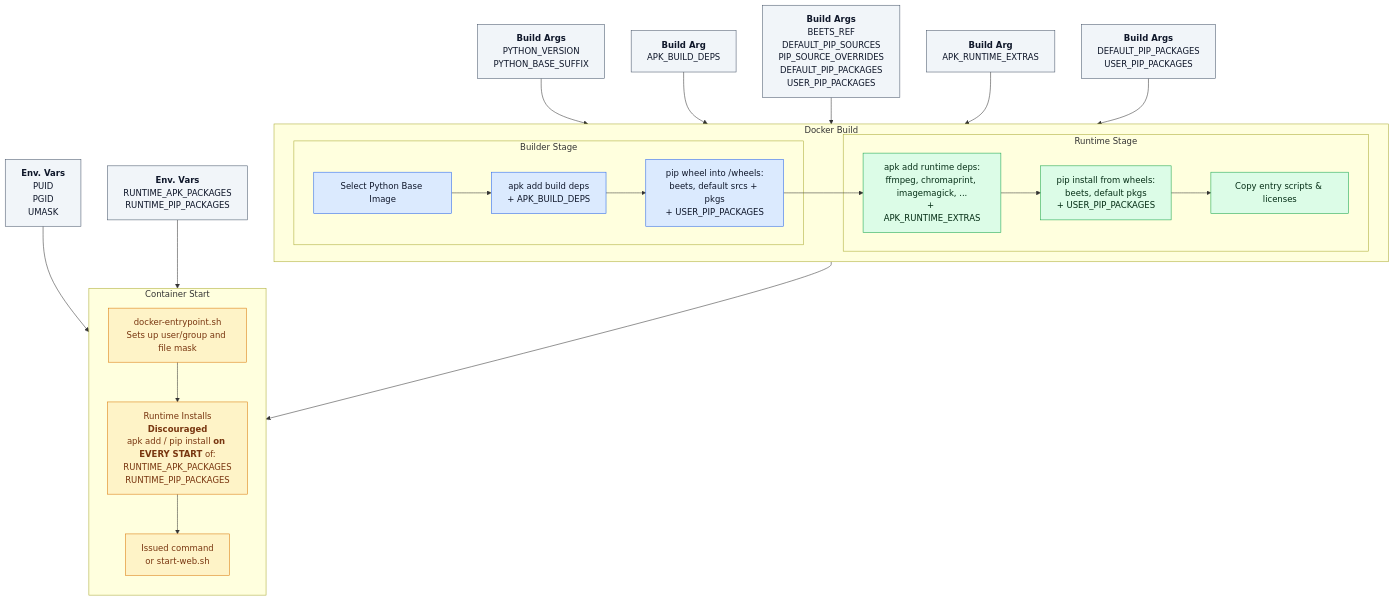
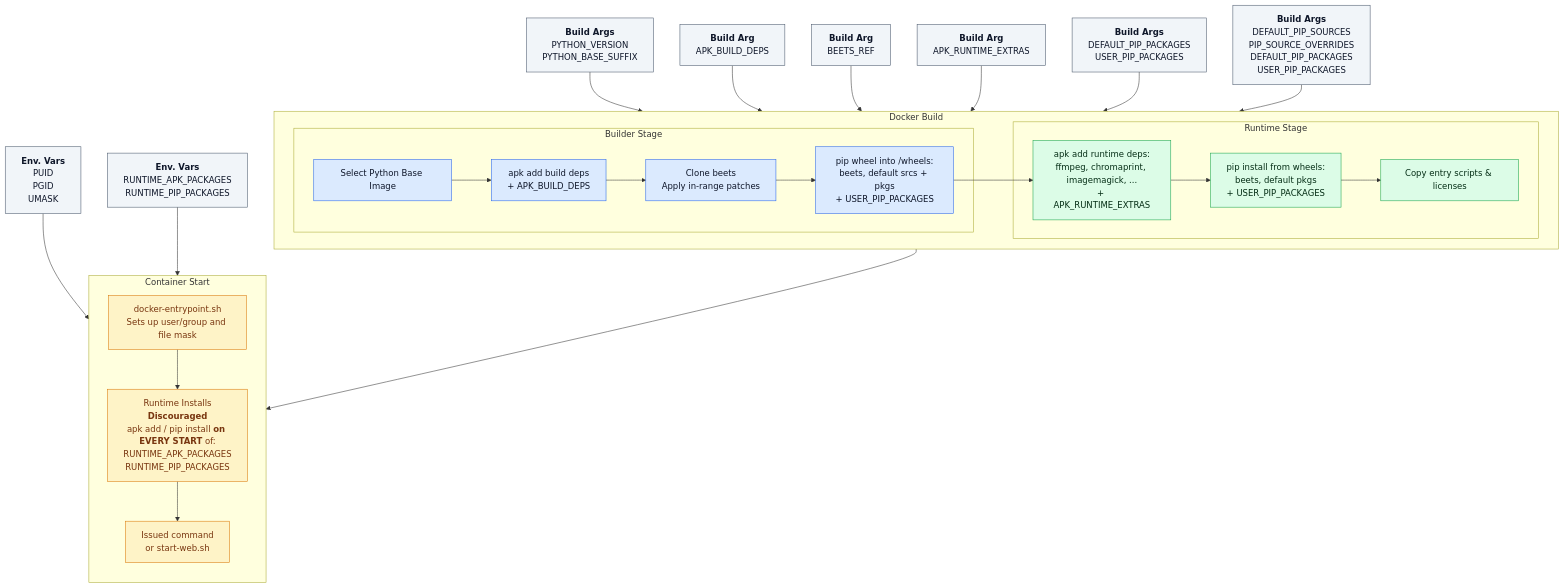
One commit to treyturner/docker-beets changed the diagram in README.md. Above: the diagram before and after it, drawn with Mermaid. The commit also changed other lines of this file and 5 other files, not shown here.

````diff
--- a/README.md
+++ b/README.md
@@ -217,51 +228,53 @@
 ```mermaid
 %%{init: {'theme':'base','themeVariables':{
     'primaryColor':'#0f172a',
     'primaryBorderColor':'#94a3b8',
     'primaryTextColor':'#f8fafc',
     'secondaryColor':'#1e293b',
     'tertiaryColor':'#e2e8f0',
     'lineColor':'#2563eb',
     'fontFamily':'"Inter","Segoe UI",sans-serif'
   }}}%%
 flowchart TD
   A1["<strong>Build Args</strong><br/>PYTHON_VERSION<br/>PYTHON_BASE_SUFFIX"] --> B0
   A2["<strong>Build Arg</strong><br/>APK_BUILD_DEPS"] --> B1
-  A3["<strong>Build Args</strong><br/>BEETS_REF<br/>DEFAULT_PIP_SOURCES<br/>PIP_SOURCE_OVERRIDES<br/>DEFAULT_PIP_PACKAGES<br/>USER_PIP_PACKAGES"] --> B2
+  A3["<strong>Build Arg</strong><br/>BEETS_REF"] --> B2
   A4["<strong>Build Arg</strong><br/>APK_RUNTIME_EXTRAS"] --> R1
   A5["<strong>Build Args</strong><br/>DEFAULT_PIP_PACKAGES<br/>USER_PIP_PACKAGES"] --> R2
   A6["<strong>Env. Vars</strong><br/>PUID<br/>PGID<br/>UMASK"] --> E1
   A7["<strong>Env. Vars</strong><br/>RUNTIME_APK_PACKAGES<br/>RUNTIME_PIP_PACKAGES"] --> E2
+  A8["<strong>Build Args</strong><br/>DEFAULT_PIP_SOURCES<br/>PIP_SOURCE_OVERRIDES<br/>DEFAULT_PIP_PACKAGES<br/>USER_PIP_PACKAGES"] --> B3
 
   subgraph Docker Build
     direction LR
     subgraph Builder Stage
       B0["Select Python Base Image"] --> B1
       B1["apk add build deps<br/>+ APK_BUILD_DEPS"] --> B2
-      B2["pip wheel into /wheels:<br/>beets, default srcs + pkgs<br/>+ USER_PIP_PACKAGES"]
+      B2["Clone beets<br/>Apply in-range patches"] --> B3
+      B3["pip wheel into /wheels:<br/>beets, default srcs + pkgs<br/>+ USER_PIP_PACKAGES"]
     end
 
     subgraph Runtime Stage
-      B2 --> R1["apk add runtime deps:<br/>ffmpeg, chromaprint, imagemagick, ...<br/>+ APK_RUNTIME_EXTRAS"]
+      B3 --> R1["apk add runtime deps:<br/>ffmpeg, chromaprint, imagemagick, ...<br/>+ APK_RUNTIME_EXTRAS"]
       R1 --> R2["pip install from wheels:<br/>beets, default pkgs<br/>+ USER_PIP_PACKAGES"]
       R2 --> R3["Copy entry scripts & licenses"]
     end
   end
 
   subgraph Container Start
     direction TB
     R3 --> E1["docker-entrypoint.sh<br/>Sets up user/group and file mask"]
     E1 --> E2["Runtime Installs<br/><strong>Discouraged</strong><br/>apk add / pip install <strong>on EVERY START</strong> of:<br/>RUNTIME_APK_PACKAGES<br/>RUNTIME_PIP_PACKAGES"]
     E2 --> E3["Issued command<br/>or start-web.sh"]
   end
 
   classDef env fill:#f1f5f9,stroke:#475569,color:#0f172a;
   classDef builder fill:#dbeafe,stroke:#2563eb,color:#0f172a;
   classDef runtime fill:#dcfce7,stroke:#16a34a,color:#052e16;
   classDef start fill:#fef3c7,stroke:#d97706,color:#78350f;
 
-  class A1,A2,A3,A4,A5,A6,A7 env;
-  class B0,B1,B2 builder;
+  class A1,A2,A3,A4,A5,A6,A7,A8 env;
+  class B0,B1,B2,B3 builder;
   class R1,R2,R3 runtime;
   class E1,E2,E3 start;
 ```
````
